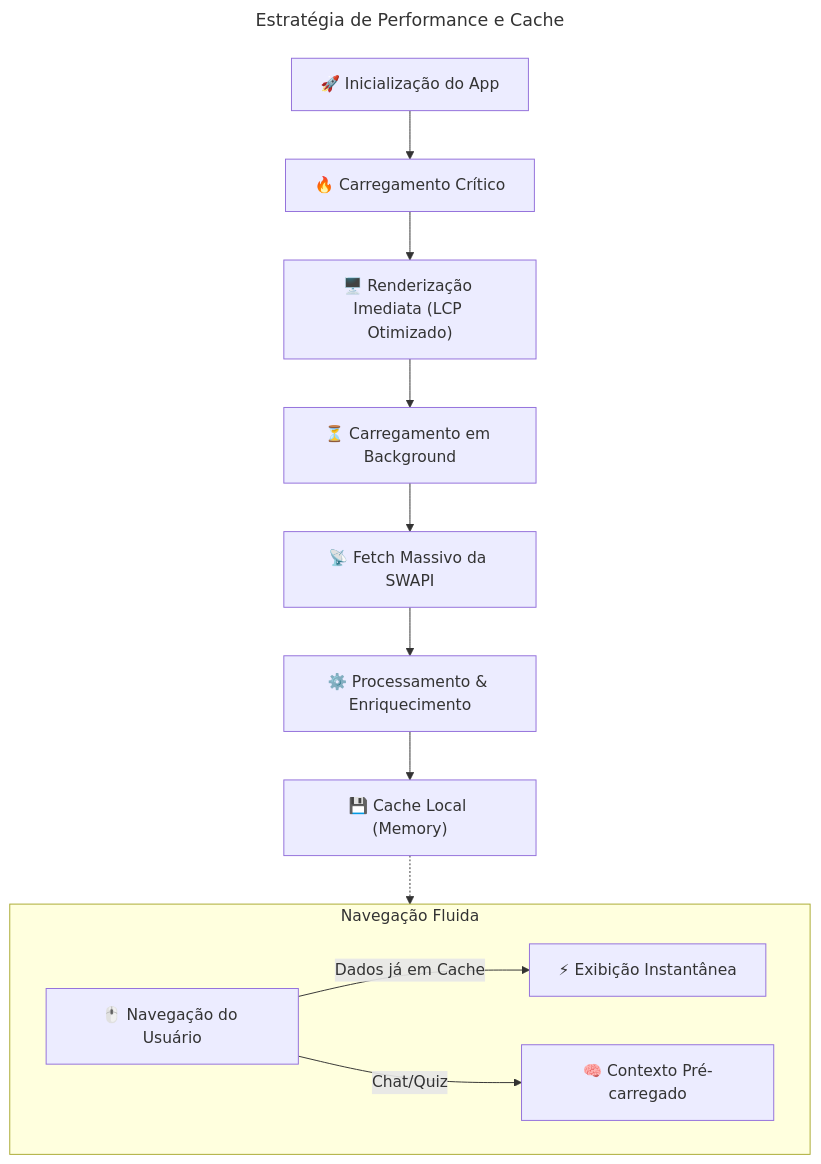
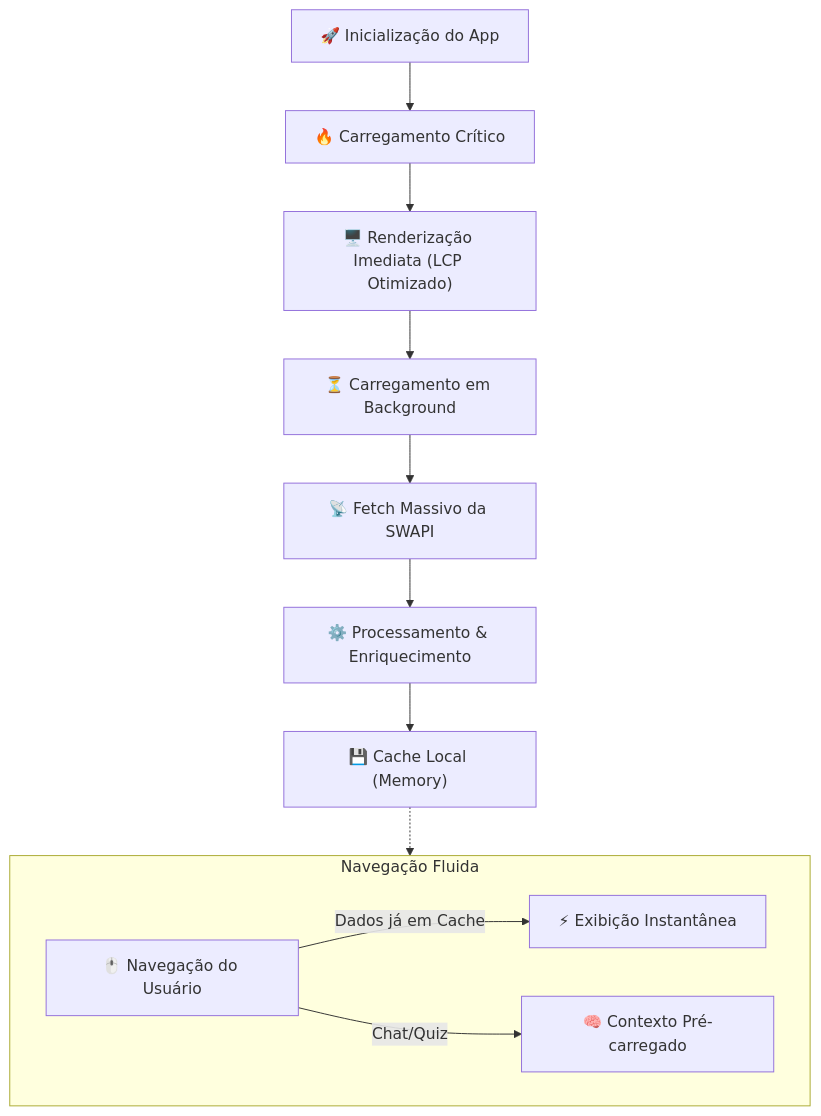
The first of 7 diagrams in portfolio-content/projects/Star-Wars-App.md (wmakeouthill/certificados-wesley), drawn with Mermaid before and after one commit. The commit also changed other lines of this file and 3 other files, not shown here.

````diff
--- a/portfolio-content/projects/Star-Wars-App.md
+++ b/portfolio-content/projects/Star-Wars-App.md
@@ -176,21 +176,19 @@
 ```mermaid
----
-title: Estratégia de Performance e Cache
----
+%%{title: "Estratégia de Performance e Cache"}%%
 flowchart TD
     Init["🚀 Inicialização do App"] --> FastLoad["🔥 Carregamento Crítico"]
     FastLoad --> Render["🖥️ Renderização Imediata (LCP Otimizado)"]
     
     Render --> Background["⏳ Carregamento em Background"]
     Background --> FetchAll["📡 Fetch Massivo da SWAPI"]
     FetchAll --> Process["⚙️ Processamento & Enriquecimento"]
     Process --> Cache["💾 Cache Local (Memory)"]
     
     subgraph UX_Fluidity ["Navegação Fluida"]
         UserAction["🖱️ Navegação do Usuário"]
         UserAction -- "Dados já em Cache" --> InstantServe["⚡ Exibição Instantânea"]
         UserAction -- "Chat/Quiz" --> ContextAware["🧠 Contexto Pré-carregado"]
     end
     
     Cache -.-> UX_Fluidity
 ```
````
